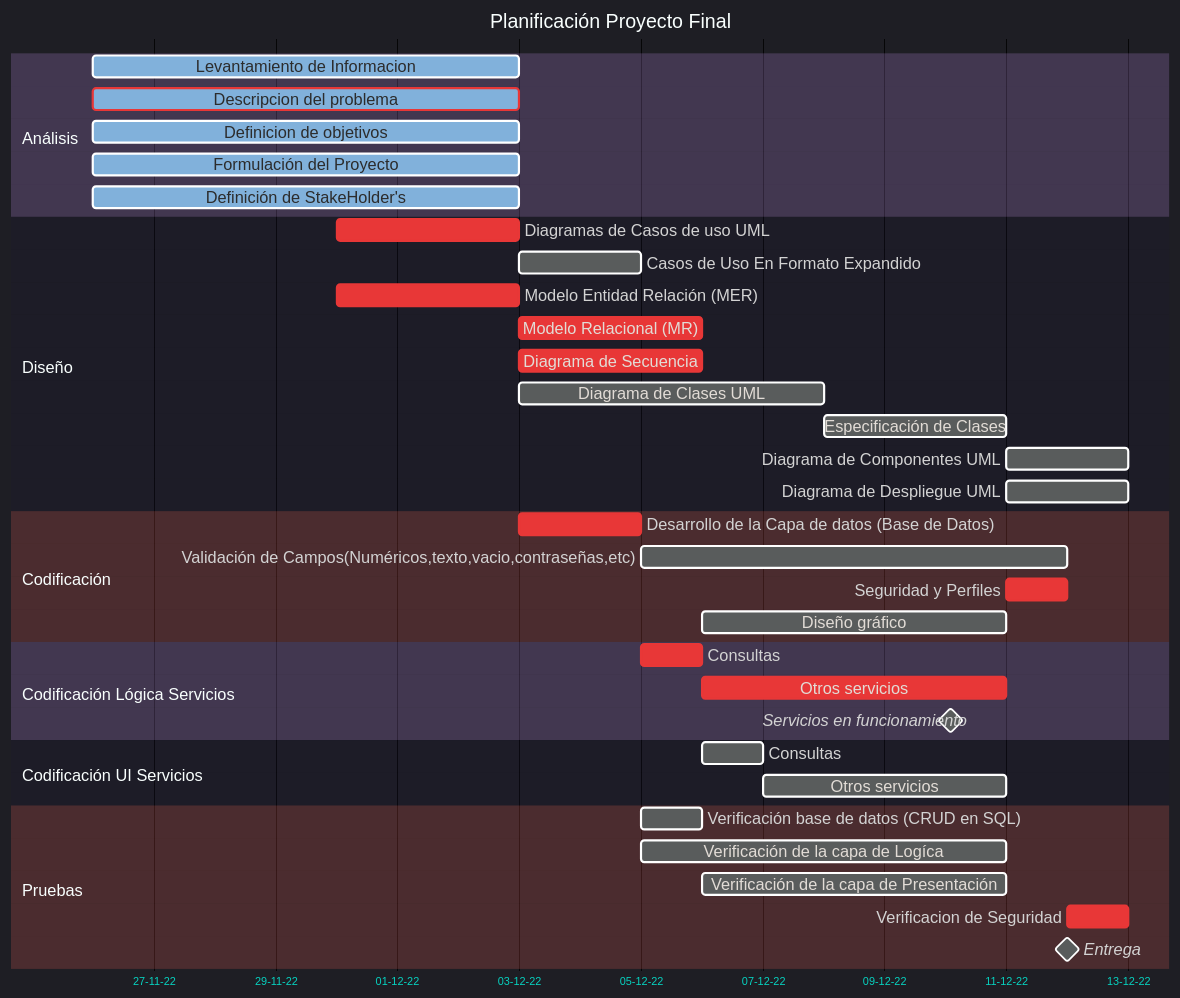
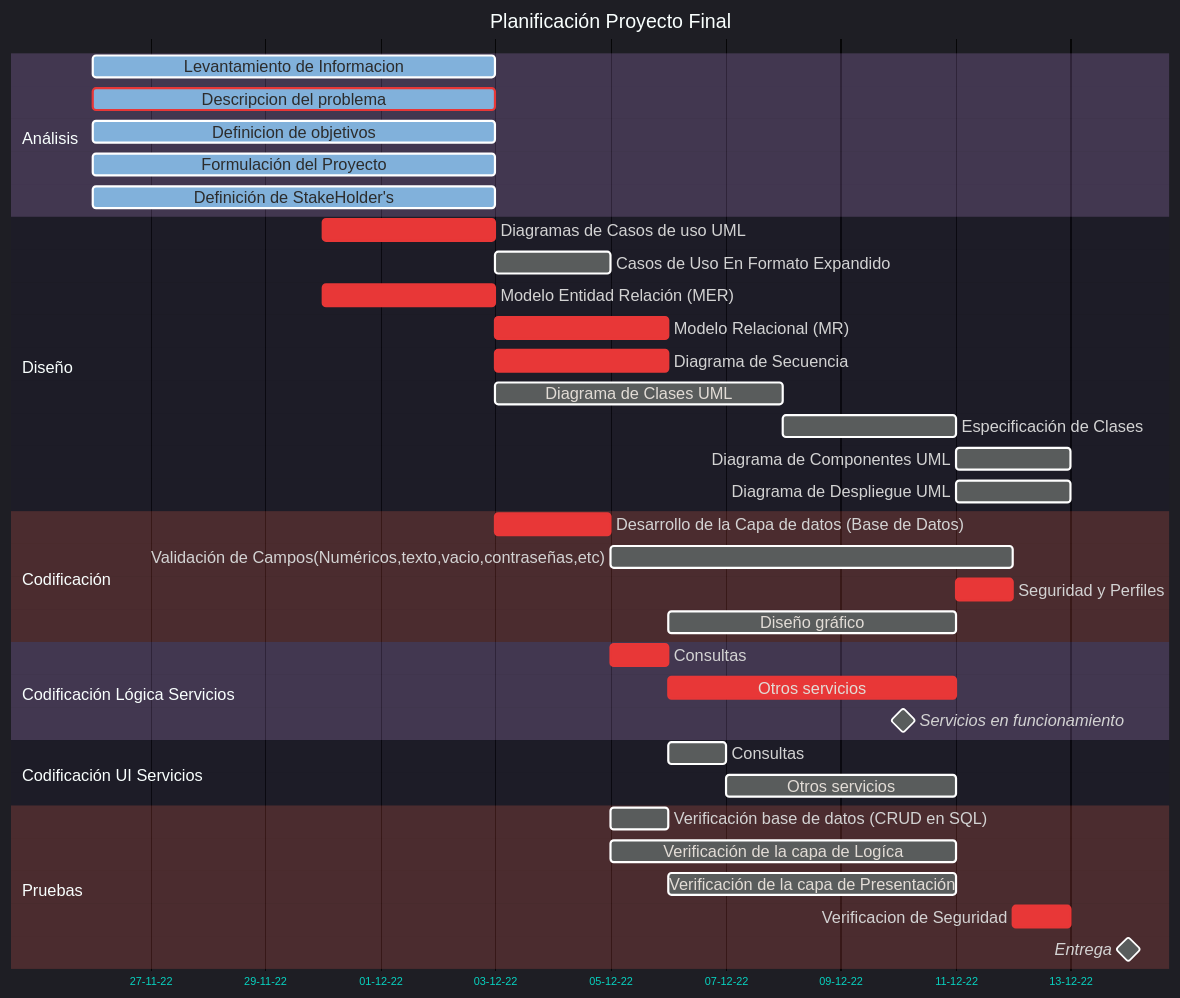
The first of 3 diagrams in README.md (sfelipehh/ProgramacionAplicada), drawn with Mermaid before and after one commit. The commit also changed 9 other files, not shown here.

`````diff
--- a/README.md
+++ b/README.md
@@ -11,52 +11,52 @@
 ````mermaid
 %%{init: { 'theme':'dark', 'securityLevel':'loose', 'themeVariables':{'darkMode':true,   'background':'#1d1634','sectionBkgColor' : '#d39aff', 'sectionBkgColor2':'#ff665a', 'gridColor':'#00ffe7', 'textColor':'#00ffe7'} ,"gantt":{ "barGap": 10,"fontSize":15, "sectionFontSize":15, "numberSectionStyles":3}} }%%
 gantt
 
     title Planificación Proyecto Final
     axisFormat %d-%m-%y
     dateFormat  YYYY-MM-DD
     todayMarker stroke-width:5px,stroke:#69d30f,opacity:0.5
 
 
     section Análisis
     Levantamiento de Informacion :active, a1, 2022-11-26, 7d
     Descripcion del problema :crit, active, a2, 2022-11-26, 7d
     Definicion de objetivos :active, a3, 2022-11-26, 7d
     Formulación del Proyecto :active, a4, 2022-11-26, 7d
     Definición de StakeHolder's :active, a5, 2022-11-26, 7d
 
     section Diseño
     Diagramas de Casos de uso UML :crit, d1, 2022-11-30, 3d
     Casos de Uso En Formato Expandido : d2, after d1,2d
     Modelo Entidad Relación (MER) :crit, d3, 2022-11-30, 3d
     Modelo Relacional (MR) :crit, d4, after d3,3d
     Diagrama de Secuencia :crit, d9, after d1, 3d
     Diagrama de Clases UML : d5, 2022-12-03, 5d
     Especificación de Clases : d6, after d5, 3d
     Diagrama de Componentes UML : d7, after d6, 2d
     Diagrama de Despliegue UML : d8, after d6, 2d
 
     section Codificación
     Desarrollo de la Capa de datos (Base de Datos) :crit, c1, after d3, 2d
     Validación de Campos(Numéricos,texto,vacio,contraseñas,etc) : c2, after c1, 7d
     Seguridad y Perfiles :crit, c3, after cl2, 1d
     Diseño gráfico : c4, after cl1, 5d
 
     section Codificación Lógica Servicios
     Consultas :crit, cl1, after c1, 1d
     Otros servicios :crit, cl2, after cl1, 5d
 
     Servicios en funcionamiento :milestone,ml, 2022-12-10,4h
     
     section Codificación UI Servicios
     Consultas : cui1, after cl1 d9, 1d
     Otros servicios : cui2, after cui1, 4d
 
     section Pruebas
     Verificación base de datos (CRUD en SQL) : ts1, after c1, 1d
     Verificación de la capa de Logíca :crit ts2, after c1, 6d
     Verificación de la capa de Presentación : ts3, after cl1, 5d
     Verificacion de Seguridad :crit, ts4, after c3, 1d
 
-    Entrega : milestone, m2, 2022-12-12,2m
+    Entrega : milestone, m2, 2022-12-14,2m
 ````
`````
